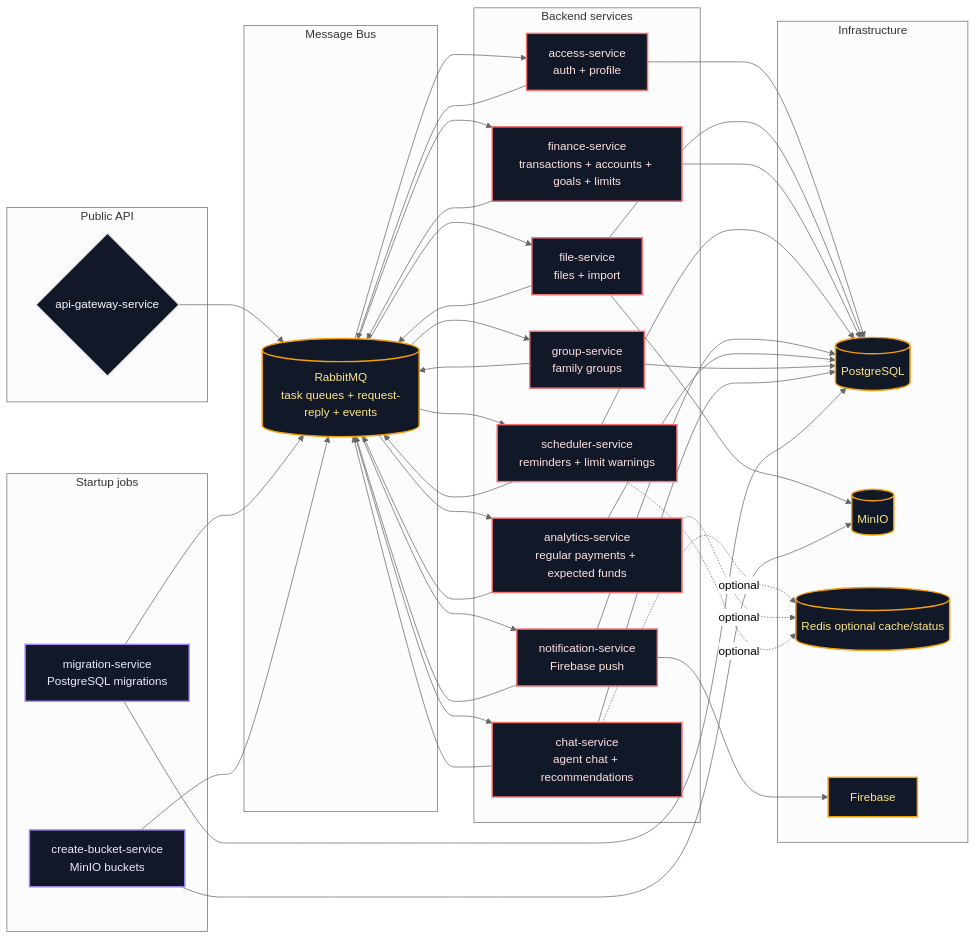
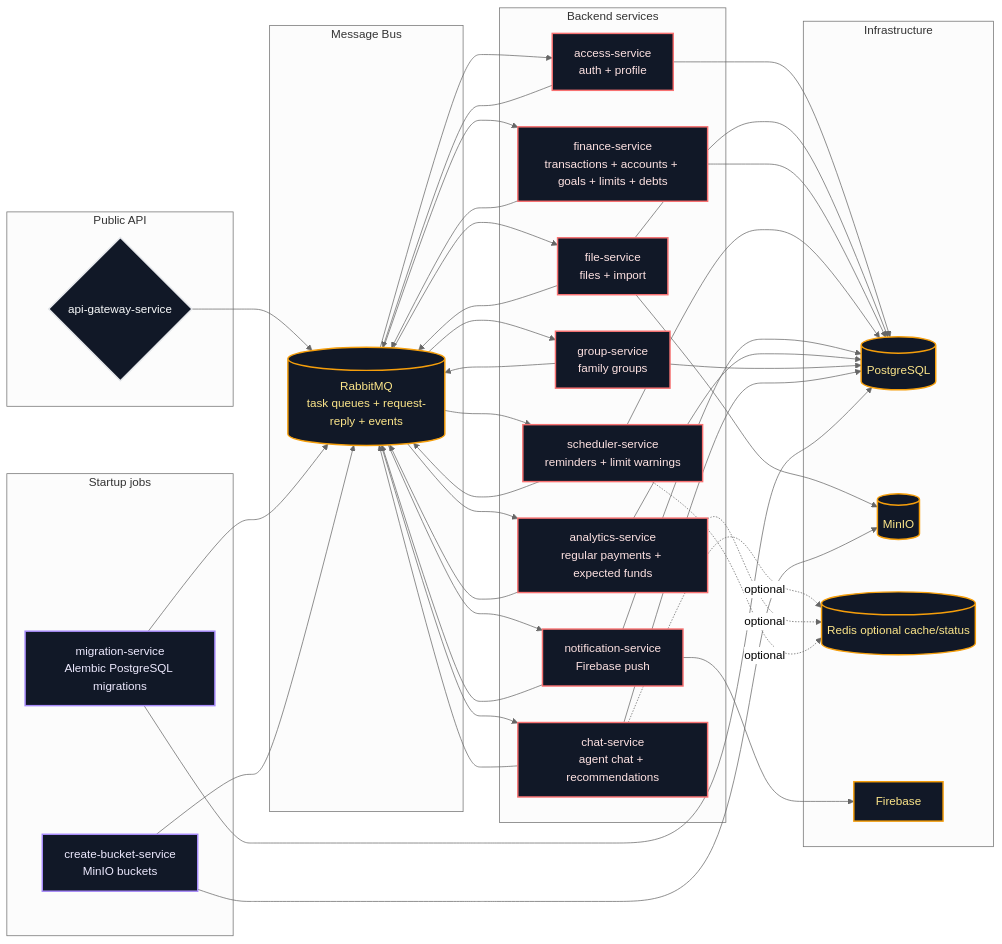
Before and after one commit to voronka-hack-finance/backend-hackathon: the second of 5 diagrams in docs/backend-architecture-levels.md, drawn with Mermaid (neutral theme). The commit also changed other lines of this file and 14 other files, not shown here.

````diff
--- a/docs/backend-architecture-levels.md
+++ b/docs/backend-architecture-levels.md
@@ -43,79 +43,79 @@
 ```mermaid
 flowchart LR
     subgraph public["Public API"]
         gateway{"api-gateway-service"}
     end
 
     subgraph bus["Message Bus"]
         rabbit[("RabbitMQ<br/>task queues + request-reply + events")]
     end
 
     subgraph services["Backend services"]
         access["access-service<br/>auth + profile"]
         file["file-service<br/>files + import"]
-        finance["finance-service<br/>transactions + accounts + goals + limits"]
+        finance["finance-service<br/>transactions + accounts + goals + limits + debts"]
         scheduler["scheduler-service<br/>reminders + limit warnings"]
         notification["notification-service<br/>Firebase push"]
         analytics["analytics-service<br/>regular payments + expected funds"]
         group["group-service<br/>family groups"]
         chat["chat-service<br/>agent chat + recommendations"]
     end
 
     subgraph startup["Startup jobs"]
-        migration["migration-service<br/>PostgreSQL migrations"]
+        migration["migration-service<br/>Alembic PostgreSQL migrations"]
         buckets["create-bucket-service<br/>MinIO buckets"]
     end
 
     subgraph infra["Infrastructure"]
         pg[("PostgreSQL")]
         minio[("MinIO")]
         redis[("Redis optional cache/status")]
         firebase["Firebase"]
     end
 
     gateway --> rabbit
     rabbit --> access
     rabbit --> file
     rabbit --> finance
     rabbit --> scheduler
     rabbit --> notification
     rabbit --> analytics
     rabbit --> group
     rabbit --> chat
     access --> rabbit
     file --> rabbit
     finance --> rabbit
     scheduler --> rabbit
     notification --> rabbit
     analytics --> rabbit
     group --> rabbit
     chat --> rabbit
 
     access --> pg
     file --> pg
     file --> minio
     finance --> pg
     scheduler --> pg
     notification --> pg
     notification --> firebase
     analytics --> pg
     group --> pg
     chat --> pg
     chat -. optional .-> redis
     analytics -. optional .-> redis
     scheduler -. optional .-> redis
 
     migration --> pg
     buckets --> minio
     migration --> rabbit
     buckets --> rabbit
 
     classDef gatewayNode fill:#111827,stroke:#e5e7eb,color:#f9fafb,stroke-width:2px
     classDef serviceNode fill:#111827,stroke:#f87171,color:#fee2e2,stroke-width:2px
     classDef infraNode fill:#111827,stroke:#f59e0b,color:#fde68a,stroke-width:2px
     classDef jobNode fill:#111827,stroke:#a78bfa,color:#ede9fe,stroke-width:2px
     class gateway gatewayNode
     class access,file,finance,scheduler,notification,analytics,group,chat serviceNode
     class rabbit,pg,minio,redis,firebase infraNode
     class migration,buckets jobNode
 ```
````
